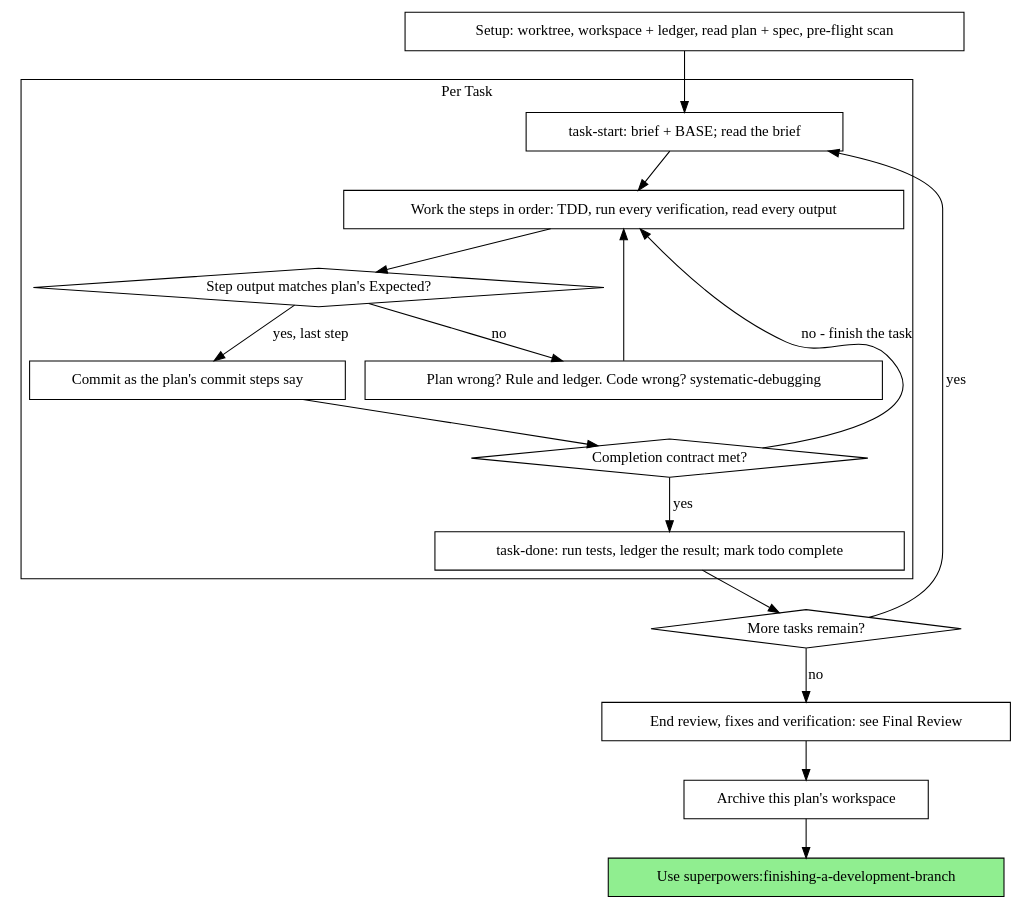
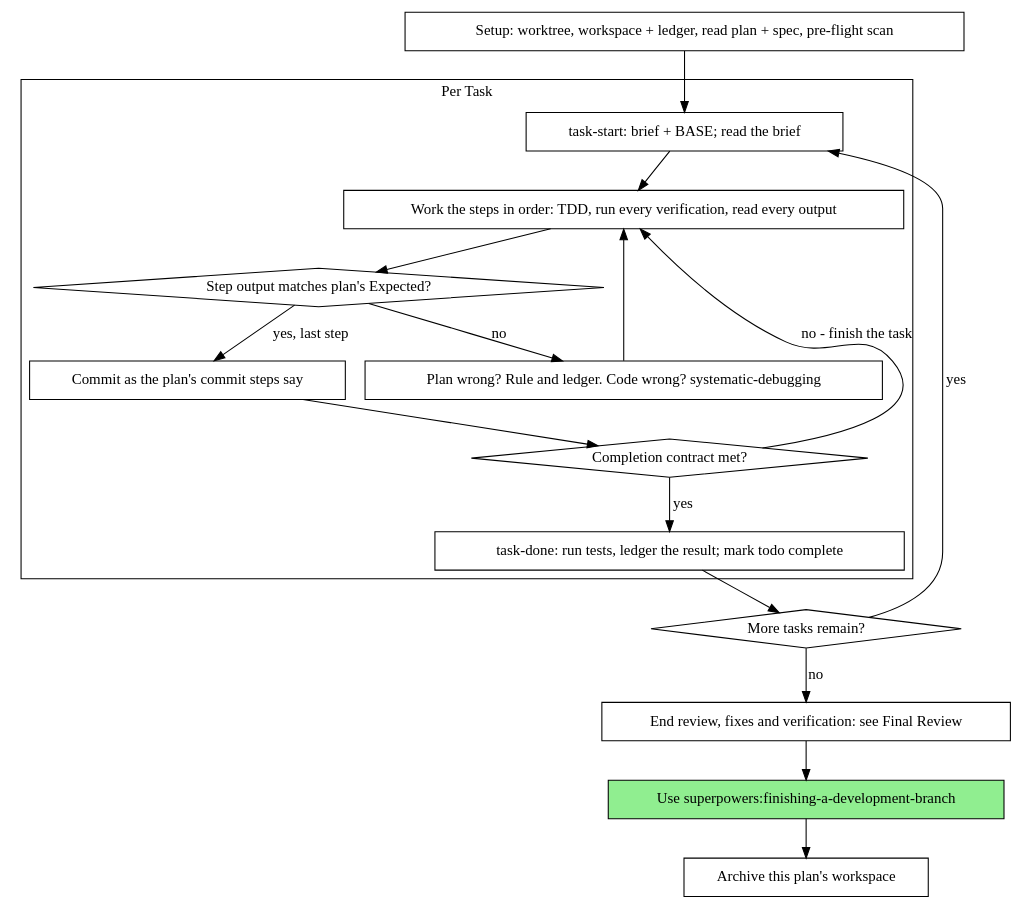
The diagram in skills/executing-plans/SKILL.md (malekgxd/superpowers), drawn with Graphviz before and after one commit. The commit also changed other lines of this file and 11 other files, not shown here.

Commit message:
Final fix pass (Dee, 2026-11-24): old-tests fails closed (git diff error, no test identities: exit 3), resume stops on any unrecorded commit, review marker before launch, finish before archive, merge and push the reviewed sha, kit guard covers its check inputs, handoff pins the amended plan

````diff
--- a/skills/executing-plans/SKILL.md
+++ b/skills/executing-plans/SKILL.md
@@ -69,37 +69,37 @@
 ```dot
 digraph process {
     rankdir=TB;
 
     subgraph cluster_per_task {
         label="Per Task";
         "task-start: brief + BASE; read the brief" [shape=box];
         "Work the steps in order: TDD, run every verification, read every output" [shape=box];
         "Step output matches plan's Expected?" [shape=diamond];
         "Plan wrong? Rule and ledger. Code wrong? systematic-debugging" [shape=box];
         "Commit as the plan's commit steps say" [shape=box];
         "Completion contract met?" [shape=diamond];
         "task-done: run tests, ledger the result; mark todo complete" [shape=box];
     }
 
     "Setup: worktree, workspace + ledger, read plan + spec, pre-flight scan" [shape=box];
     "More tasks remain?" [shape=diamond];
     "End review, fixes and verification: see Final Review" [shape=box];
     "Archive this plan's workspace" [shape=box];
     "Use superpowers:finishing-a-development-branch" [shape=box style=filled fillcolor=lightgreen];
 
     "Setup: worktree, workspace + ledger, read plan + spec, pre-flight scan" -> "task-start: brief + BASE; read the brief";
     "task-start: brief + BASE; read the brief" -> "Work the steps in order: TDD, run every verification, read every output";
     "Work the steps in order: TDD, run every verification, read every output" -> "Step output matches plan's Expected?";
     "Step output matches plan's Expected?" -> "Plan wrong? Rule and ledger. Code wrong? systematic-debugging" [label="no"];
     "Plan wrong? Rule and ledger. Code wrong? systematic-debugging" -> "Work the steps in order: TDD, run every verification, read every output";
     "Step output matches plan's Expected?" -> "Commit as the plan's commit steps say" [label="yes, last step"];
     "Commit as the plan's commit steps say" -> "Completion contract met?";
     "Completion contract met?" -> "Work the steps in order: TDD, run every verification, read every output" [label="no - finish the task"];
     "Completion contract met?" -> "task-done: run tests, ledger the result; mark todo complete" [label="yes"];
     "task-done: run tests, ledger the result; mark todo complete" -> "More tasks remain?";
     "More tasks remain?" -> "task-start: brief + BASE; read the brief" [label="yes"];
     "More tasks remain?" -> "End review, fixes and verification: see Final Review" [label="no"];
-    "End review, fixes and verification: see Final Review" -> "Archive this plan's workspace";
-    "Archive this plan's workspace" -> "Use superpowers:finishing-a-development-branch";
+    "End review, fixes and verification: see Final Review" -> "Use superpowers:finishing-a-development-branch";
+    "Use superpowers:finishing-a-development-branch" -> "Archive this plan's workspace";
 }
 ```
````
